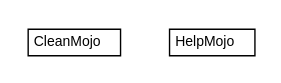
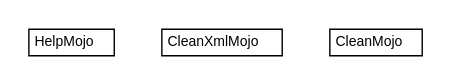
One commit to trajano/cleanpom-maven-plugin changed the diagram in apidocs/net/trajano/mojo/cleanpom/net.trajano.mojo.cleanpom.dot. Above: the diagram before and after it, drawn with Graphviz. The commit also changed 153 other files, not shown here.

```diff
--- a/apidocs/net/trajano/mojo/cleanpom/net.trajano.mojo.cleanpom.dot
+++ b/apidocs/net/trajano/mojo/cleanpom/net.trajano.mojo.cleanpom.dot
@@ -1,24 +1,30 @@
 #!/usr/local/bin/dot
 #
 # Class diagram 
 # Generated by UMLGraph version R5_6-24-gf6e263 (http://www.umlgraph.org/)
 #
 
 digraph G {
 	edge [fontname="Helvetica",fontsize=10,labelfontname="Helvetica",labelfontsize=10];
 	node [fontname="Helvetica",fontsize=10,shape=plaintext];
 	nodesep=0.25;
 	ranksep=0.5;
+	// net.trajano.mojo.cleanpom.HelpMojo
+	c0 [label=<<table title="net.trajano.mojo.cleanpom.HelpMojo" border="0" cellborder="1" cellspacing="0" cellpadding="2" port="p" href="./HelpMojo.html">
+		<tr><td><table border="0" cellspacing="0" cellpadding="1">
+<tr><td align="center" balign="center"> HelpMojo </td></tr>
+		</table></td></tr>
+		</table>>, URL="./HelpMojo.html", fontname="Helvetica", fontcolor="black", fontsize=10.0];
+	// net.trajano.mojo.cleanpom.CleanXmlMojo
+	c1 [label=<<table title="net.trajano.mojo.cleanpom.CleanXmlMojo" border="0" cellborder="1" cellspacing="0" cellpadding="2" port="p" href="./CleanXmlMojo.html">
+		<tr><td><table border="0" cellspacing="0" cellpadding="1">
+<tr><td align="center" balign="center"> CleanXmlMojo </td></tr>
+		</table></td></tr>
+		</table>>, URL="./CleanXmlMojo.html", fontname="Helvetica", fontcolor="black", fontsize=10.0];
 	// net.trajano.mojo.cleanpom.CleanMojo
-	c0 [label=<<table title="net.trajano.mojo.cleanpom.CleanMojo" border="0" cellborder="1" cellspacing="0" cellpadding="2" port="p" href="./CleanMojo.html">
+	c2 [label=<<table title="net.trajano.mojo.cleanpom.CleanMojo" border="0" cellborder="1" cellspacing="0" cellpadding="2" port="p" href="./CleanMojo.html">
 		<tr><td><table border="0" cellspacing="0" cellpadding="1">
 <tr><td align="center" balign="center"> CleanMojo </td></tr>
 		</table></td></tr>
 		</table>>, URL="./CleanMojo.html", fontname="Helvetica", fontcolor="black", fontsize=10.0];
-	// net.trajano.mojo.cleanpom.HelpMojo
-	c1 [label=<<table title="net.trajano.mojo.cleanpom.HelpMojo" border="0" cellborder="1" cellspacing="0" cellpadding="2" port="p" href="./HelpMojo.html">
-		<tr><td><table border="0" cellspacing="0" cellpadding="1">
-<tr><td align="center" balign="center"> HelpMojo </td></tr>
-		</table></td></tr>
-		</table>>, URL="./HelpMojo.html", fontname="Helvetica", fontcolor="black", fontsize=10.0];
 }
```
